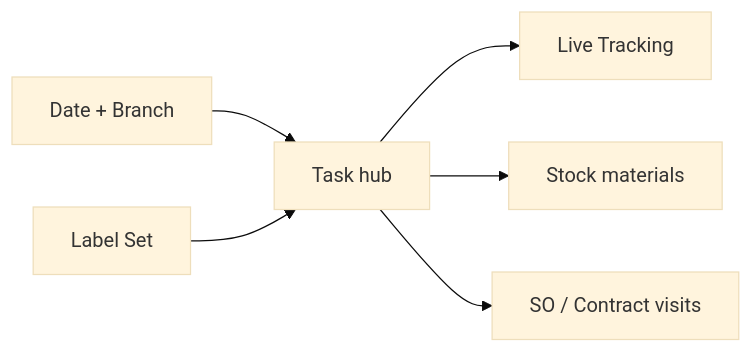
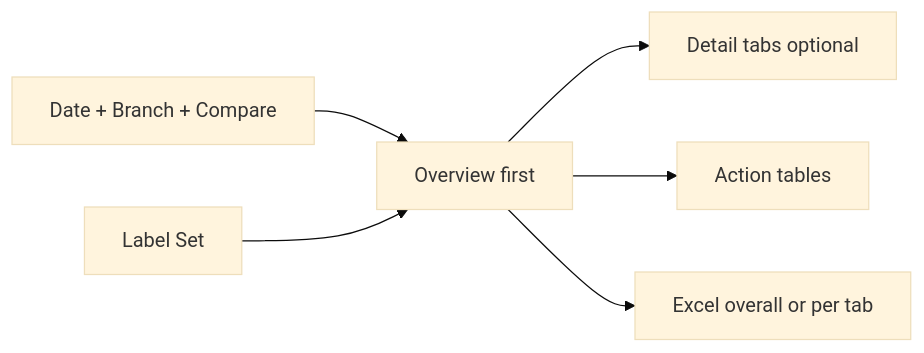
Before and after one commit to Aurifex-Innovations/ERP_docs: the first of 4 diagrams in Dashboard_final_v0/task-management-dashboard.md, drawn with Mermaid (base theme). The commit also changed other lines of this file, not shown here.

````diff
--- a/Dashboard_final_v0/task-management-dashboard.md
+++ b/Dashboard_final_v0/task-management-dashboard.md
@@ -57,8 +134,8 @@
 ```mermaid
 flowchart LR
-  hub["Task hub"] --> track["Live Tracking"]
-  hub --> stock["Stock materials"]
-  hub --> so["SO / Contract visits"]
-  filters["Date + Branch"] --> hub
-  labels["Label Set"] --> hub
+  filters["Date + Branch + Compare"] --> overview["Overview first"]
+  overview --> detail["Detail tabs optional"]
+  overview --> actions["Action tables"]
+  overview --> excel["Excel overall or per tab"]
+  labels["Label Set"] --> overview
 ```
````
